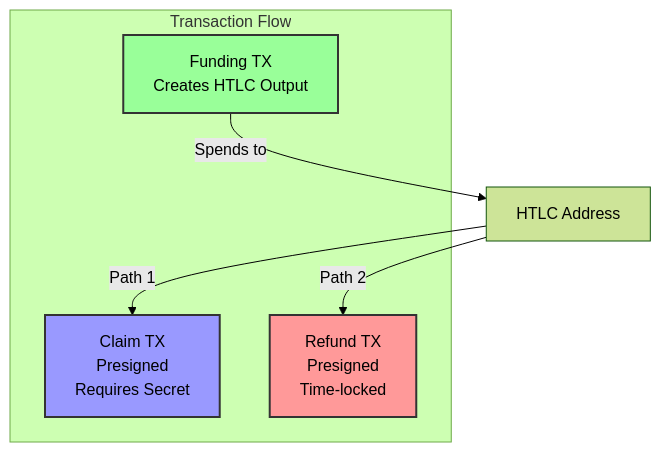
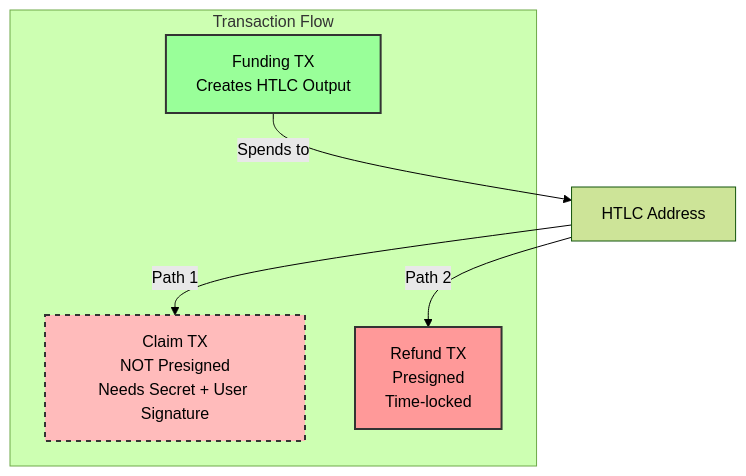
One commit to NuttakitDW/thunder-portal changed the fifth of 7 diagrams in README.md. Above: the diagram before and after it, drawn with Mermaid (forest theme). The commit also changed other lines of this file and 9 other files, not shown here.

````diff
--- a/README.md
+++ b/README.md
@@ -264,16 +265,16 @@
 ```mermaid
 graph TD
     subgraph "Transaction Flow"
         FT[Funding TX<br/>Creates HTLC Output]
-        CT[Claim TX<br/>Presigned<br/>Requires Secret]
+        CT[Claim TX<br/>NOT Presigned<br/>Needs Secret + User Signature]
         RT[Refund TX<br/>Presigned<br/>Time-locked]
     end
     
     FT -->|Spends to| HTLC[HTLC Address]
     HTLC -->|Path 1| CT
     HTLC -->|Path 2| RT
     
     style FT fill:#9f9,stroke:#333,stroke-width:2px
-    style CT fill:#99f,stroke:#333,stroke-width:2px
+    style CT fill:#fbb,stroke:#333,stroke-width:2px,stroke-dasharray: 5 5
     style RT fill:#f99,stroke:#333,stroke-width:2px
 ```
````
